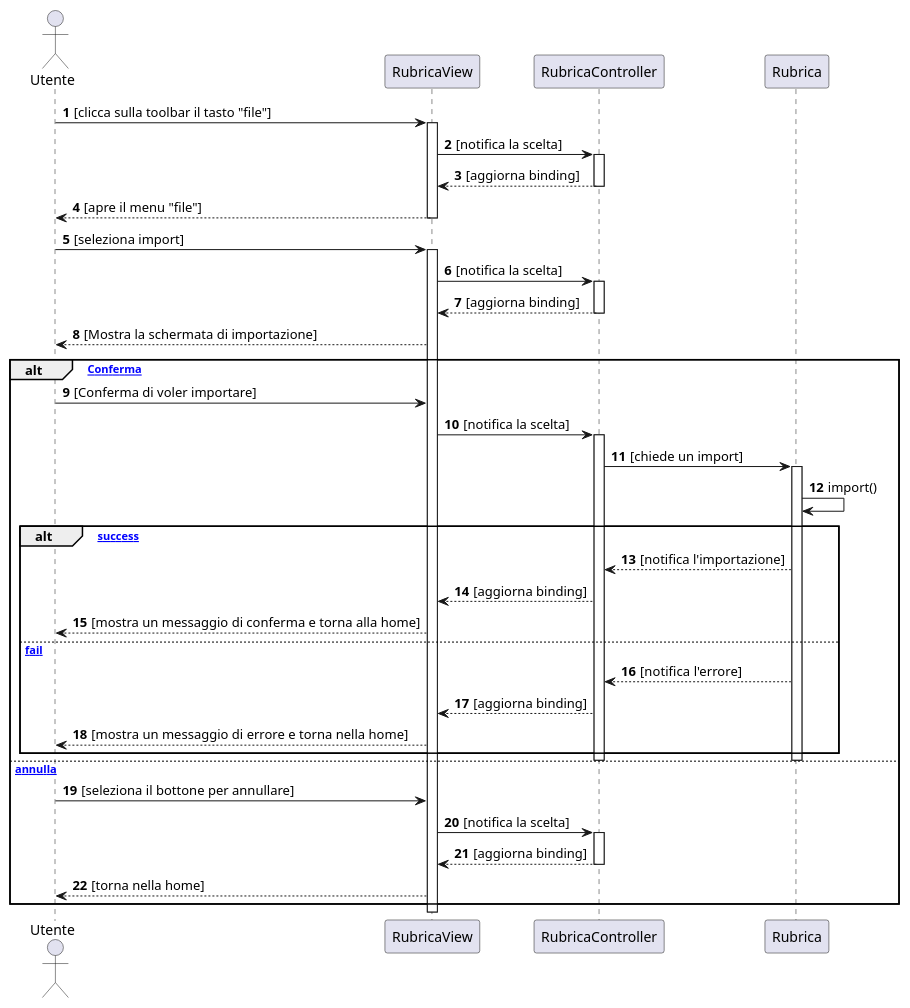
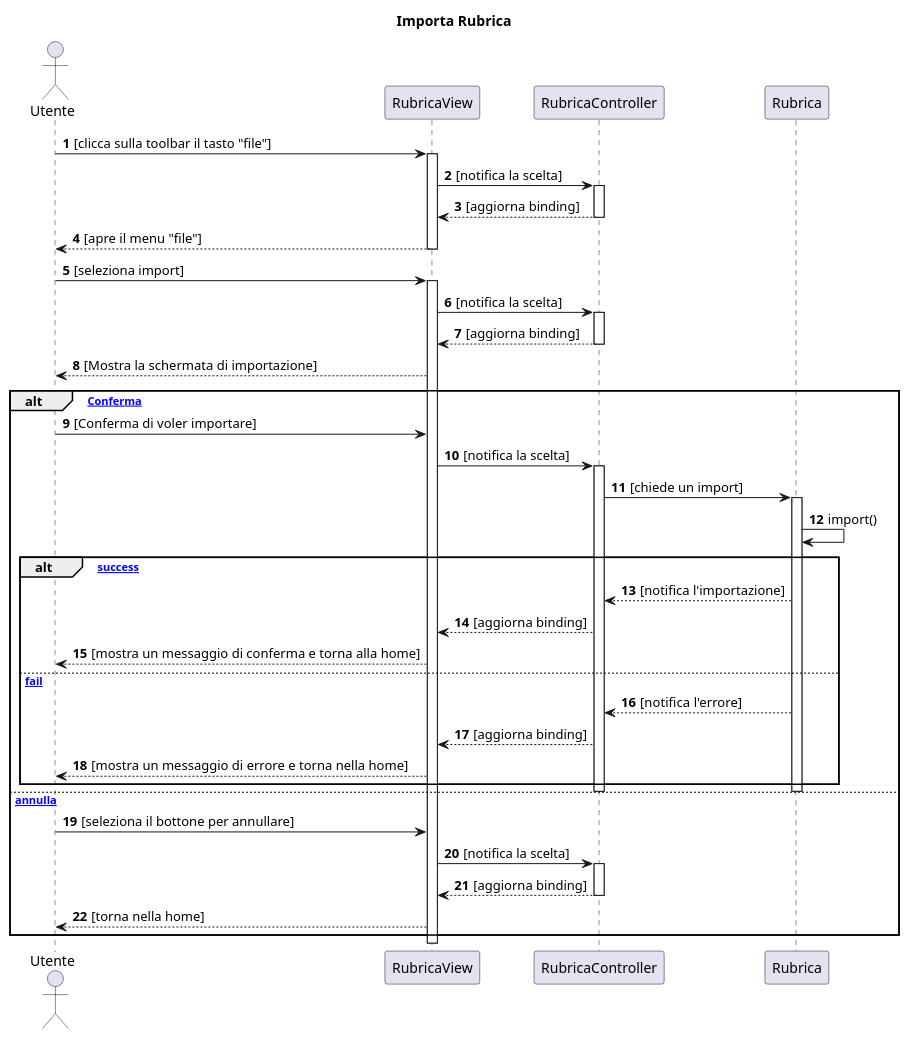
Before and after one commit to emanueletocci/uni-swe-project: the diagram in docs/bozze/Diagrammi/Sequenza/ScenarioImport.puml, drawn with PlantUML. The commit also changed 9 other files, not shown here.

First line of the commit message:
Aggiornamento diagrammi di sequenza

```diff
--- a/docs/bozze/Diagrammi/Sequenza/ScenarioImport.puml
+++ b/docs/bozze/Diagrammi/Sequenza/ScenarioImport.puml
@@ -1,52 +1,53 @@
 @startuml
+title Importa Rubrica
 autonumber
 actor Utente
 participant RubricaView
 participant RubricaController
 participant Rubrica
 
 Utente->RubricaView:[clicca sulla toolbar il tasto "file"]
 activate RubricaView
 RubricaView->RubricaController:[notifica la scelta]
 activate RubricaController
 RubricaController-->RubricaView:[aggiorna binding]
 deactivate RubricaController
 RubricaView-->Utente:[apre il menu "file"]
 deactivate RubricaView
 
 Utente->RubricaView:[seleziona import]
 activate RubricaView
 RubricaView->RubricaController:[notifica la scelta]
 activate RubricaController
 RubricaController-->RubricaView:[aggiorna binding]
 deactivate RubricaController
 RubricaView-->Utente:[Mostra la schermata di importazione]
 
 alt [Conferma]
     Utente->RubricaView:[Conferma di voler importare]
     RubricaView->RubricaController:[notifica la scelta]
     activate RubricaController
     RubricaController->Rubrica:[chiede un import]
     activate Rubrica
     Rubrica->Rubrica:import()
     alt [import success]
         Rubrica-->RubricaController:[notifica l'importazione]
         RubricaController-->RubricaView:[aggiorna binding]
         RubricaView-->Utente:[mostra un messaggio di conferma e torna alla home]
     else [import fail]
         Rubrica-->RubricaController:[notifica l'errore]
         RubricaController-->RubricaView:[aggiorna binding]
         RubricaView-->Utente:[mostra un messaggio di errore e torna nella home]
     end
     deactivate Rubrica
     deactivate RubricaController
 else [annulla]
     Utente->RubricaView:[seleziona il bottone per annullare]
     RubricaView->RubricaController:[notifica la scelta]
     activate RubricaController
     RubricaController-->RubricaView:[aggiorna binding]
     deactivate RubricaController
     RubricaView-->Utente:[torna nella home]
 end
 
 @enduml
```
